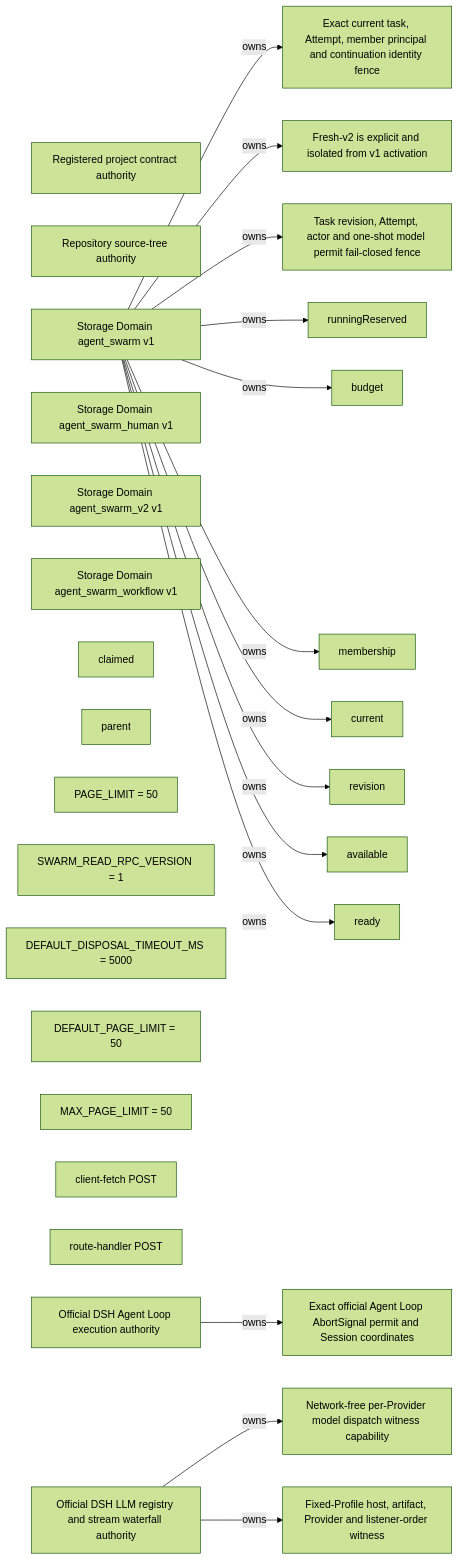
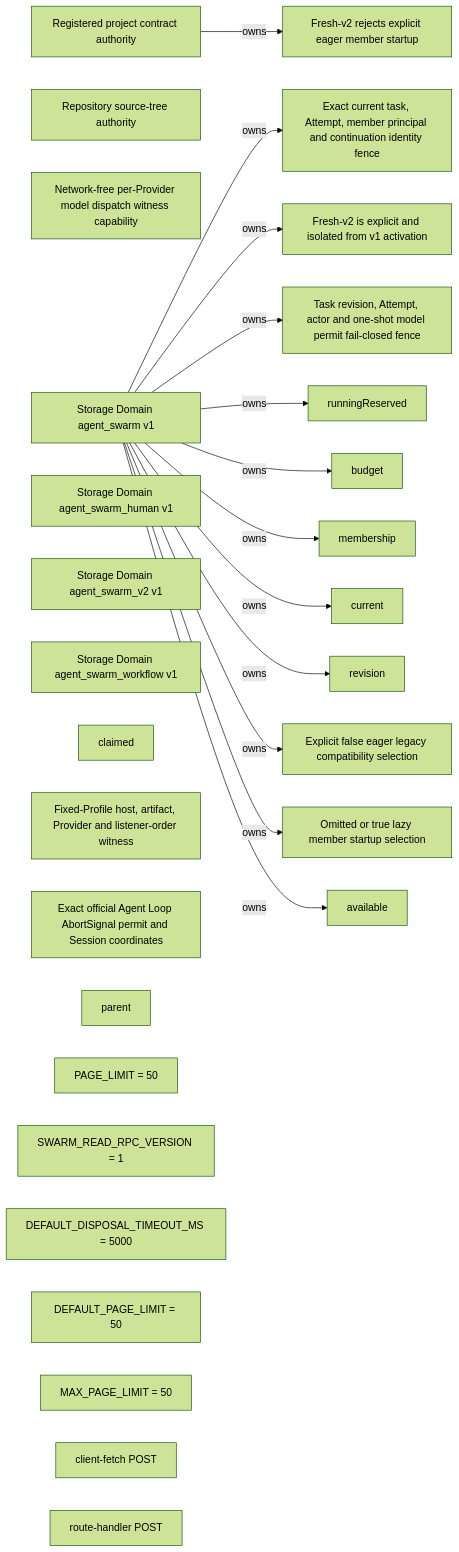
The sixth of 6 diagrams in docs/generated/knowledge-graph/authority-permission.md (leinasi2014/dsh-agent-swarm), drawn with Mermaid (forest theme) before and after one commit. The commit also changed other lines of this file and 13 other files, not shown here.

Commit message:
docs(kg): model member startup policy evidence

````diff
--- a/docs/generated/knowledge-graph/authority-permission.md
+++ b/docs/generated/knowledge-graph/authority-permission.md
@@ -112,46 +112,45 @@
 ```mermaid
 flowchart LR
   n_617574686f726974793a70726f6a6563742d636f6e747261637473["Registered project contract authority"]
   n_617574686f726974793a736f757263652d74726565["Repository source-tree authority"]
   n_6361706162696c6974793a66726573682d76322d6d6f64656c2d64697370617463682d7769746e657373["Network-free per-Provider model dispatch witness capability"]
   n_646f6d61696e3a6167656e742d737761726d["Storage Domain agent_swarm v1"]
   n_646f6d61696e3a6167656e742d737761726d2d68756d616e["Storage Domain agent_swarm_human v1"]
   n_646f6d61696e3a6167656e742d737761726d2d7632["Storage Domain agent_swarm_v2 v1"]
   n_646f6d61696e3a6167656e742d737761726d2d776f726b666c6f77["Storage Domain agent_swarm_workflow v1"]
   n_67756172643a617474656d70742d72756e6e696e672d7265736572766564["runningReserved"]
   n_67756172643a6275646765742d7265736572766174696f6e2d61646d69737369626c65["budget"]
   n_67756172643a6361707461696e2d6f722d73656c662d6d656d62657273686970["membership"]
   n_67756172643a636c61696d65642d6672616d652d6f6e6c792d61636b6e6f776c656467656d656e74["claimed"]
   n_67756172643a65786163742d63757272656e742d617474656d7074["current"]
   n_67756172643a65786163742d7461736b2d7265766973696f6e["revision"]
   n_67756172643a66726573682d76322d636f6e74696e756174696f6e2d65786163742d617474656d7074["Exact current task, Attempt, member principal and continuation identity fence"]
   n_67756172643a66726573682d76322d6578706572696d656e74616c2d61637469766174696f6e["Fresh-v2 is explicit and isolated from v1 activation"]
   n_67756172643a66726573682d76322d66697865642d70726f66696c652d7769746e6573732d6361706162696c697479["Fixed-Profile host, artifact, Provider and listener-order witness"]
   n_67756172643a66726573682d76322d6f6666696369616c2d6167656e742d6c6f6f702d72657175657374["Exact official Agent Loop AbortSignal permit and Session coordinates"]
+  n_67756172643a66726573682d76322d72656a6563742d65616765722d6d656d6265722d7374617274["Fresh-v2 rejects explicit eager member startup"]
   n_67756172643a66726573682d76322d7465726d696e616c2d636f6e74726f6c2d77696e73["Task revision, Attempt, actor and one-shot model permit fail-closed fence"]
+  n_67756172643a6c65676163792d6d656d6265722d73746172742d65616765722d6f70742d6f7574["Explicit false eager legacy compatibility selection"]
+  n_67756172643a6c65676163792d6d656d6265722d73746172742d6c617a792d64656661756c74["Omitted or true lazy member startup selection"]
   n_67756172643a6d656d6265722d6861732d6e6f2d6f70656e2d776f726b["available"]
   n_67756172643a6f6666696369616c2d6c6976652d6469726563742d706172656e742d61646d697373696f6e["parent"]
   n_67756172643a7270632d626f756e642f7372632f636c69656e742f7465616d2d64617368626f6172642d636f6e74726f6c6c65722e74732f706167655f6c696d6974["PAGE_LIMIT = 50"]
   n_67756172643a7270632d626f756e642f7372632f7270632f726561642d7270632d636f6e74726163742e74732f737761726d5f726561645f7270635f76657273696f6e["SWARM_READ_RPC_VERSION = 1"]
   n_67756172643a7270632d626f756e642f7372632f7270632f726561642d7270632d736572766963652e74732f64656661756c745f646973706f73616c5f74696d656f75745f6d73["DEFAULT_DISPOSAL_TIMEOUT_MS = 5000"]
   n_67756172643a7270632d626f756e642f7372632f7270632f726561642d7270632d736572766963652e74732f64656661756c745f706167655f6c696d6974["DEFAULT_PAGE_LIMIT = 50"]
   n_67756172643a7270632d626f756e642f7372632f7270632f726561642d7270632d736572766963652e74732f6d61785f706167655f6c696d6974["MAX_PAGE_LIMIT = 50"]
   n_67756172643a7270632d687474702f30312d7372632f636c69656e742f726561642d636c69656e742e7473["client-fetch POST"]
   n_67756172643a7270632d687474702f30322d7372632f7270632f726561642d7270632d736572766963652e7473["route-handler POST"]
-  n_67756172643a7461736b2d7265616479["ready"]
-  n_6f6666696369616c2d617574686f726974793a6167656e742d6c6f6f70["Official DSH Agent Loop execution authority"]
-  n_6f6666696369616c2d617574686f726974793a6c6c6d2d72756e74696d65["Official DSH LLM registry and stream waterfall authority"]
   n_646f6d61696e3a6167656e742d737761726d -->|owns| n_67756172643a66726573682d76322d636f6e74696e756174696f6e2d65786163742d617474656d7074
   n_646f6d61696e3a6167656e742d737761726d -->|owns| n_67756172643a66726573682d76322d6578706572696d656e74616c2d61637469766174696f6e
   n_646f6d61696e3a6167656e742d737761726d -->|owns| n_67756172643a66726573682d76322d7465726d696e616c2d636f6e74726f6c2d77696e73
-  n_6f6666696369616c2d617574686f726974793a6c6c6d2d72756e74696d65 -->|owns| n_6361706162696c6974793a66726573682d76322d6d6f64656c2d64697370617463682d7769746e657373
-  n_6f6666696369616c2d617574686f726974793a6c6c6d2d72756e74696d65 -->|owns| n_67756172643a66726573682d76322d66697865642d70726f66696c652d7769746e6573732d6361706162696c697479
-  n_6f6666696369616c2d617574686f726974793a6167656e742d6c6f6f70 -->|owns| n_67756172643a66726573682d76322d6f6666696369616c2d6167656e742d6c6f6f702d72657175657374
   n_646f6d61696e3a6167656e742d737761726d -->|owns| n_67756172643a617474656d70742d72756e6e696e672d7265736572766564
   n_646f6d61696e3a6167656e742d737761726d -->|owns| n_67756172643a6275646765742d7265736572766174696f6e2d61646d69737369626c65
   n_646f6d61696e3a6167656e742d737761726d -->|owns| n_67756172643a6361707461696e2d6f722d73656c662d6d656d62657273686970
   n_646f6d61696e3a6167656e742d737761726d -->|owns| n_67756172643a65786163742d63757272656e742d617474656d7074
   n_646f6d61696e3a6167656e742d737761726d -->|owns| n_67756172643a65786163742d7461736b2d7265766973696f6e
+  n_617574686f726974793a70726f6a6563742d636f6e747261637473 -->|owns| n_67756172643a66726573682d76322d72656a6563742d65616765722d6d656d6265722d7374617274
+  n_646f6d61696e3a6167656e742d737761726d -->|owns| n_67756172643a6c65676163792d6d656d6265722d73746172742d65616765722d6f70742d6f7574
+  n_646f6d61696e3a6167656e742d737761726d -->|owns| n_67756172643a6c65676163792d6d656d6265722d73746172742d6c617a792d64656661756c74
   n_646f6d61696e3a6167656e742d737761726d -->|owns| n_67756172643a6d656d6265722d6861732d6e6f2d6f70656e2d776f726b
-  n_646f6d61696e3a6167656e742d737761726d -->|owns| n_67756172643a7461736b2d7265616479
 ```
````
